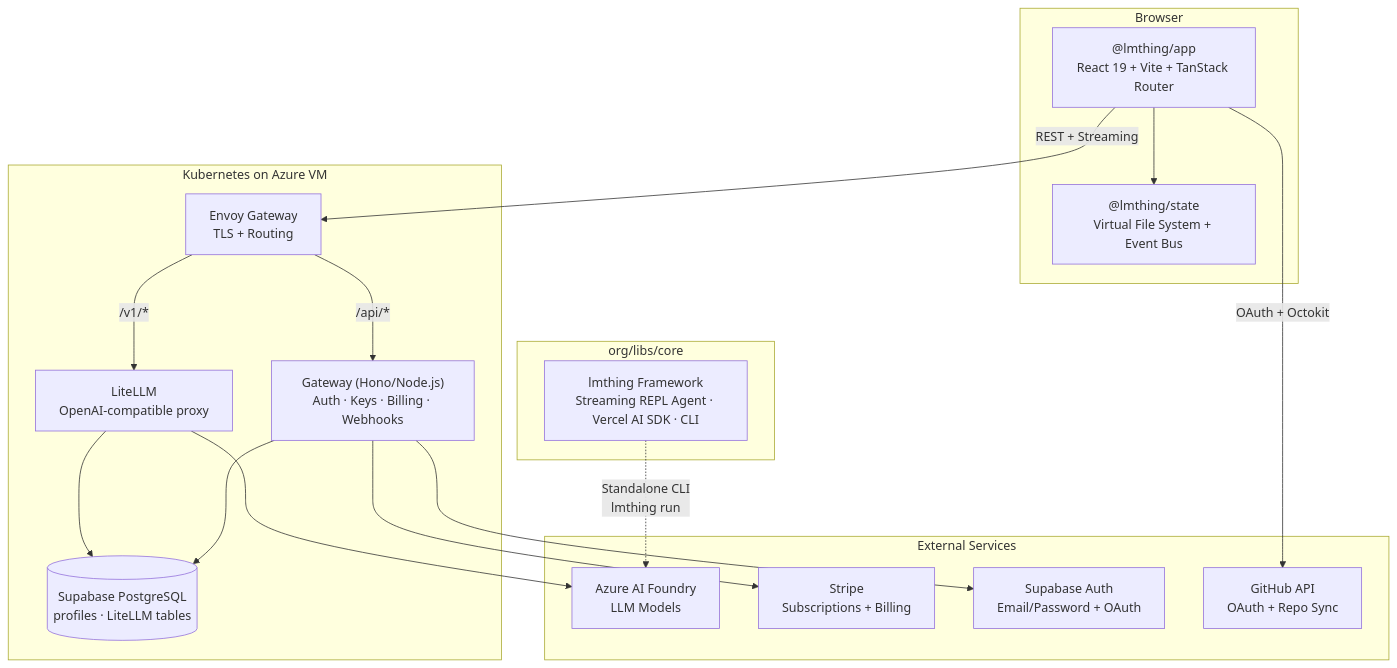
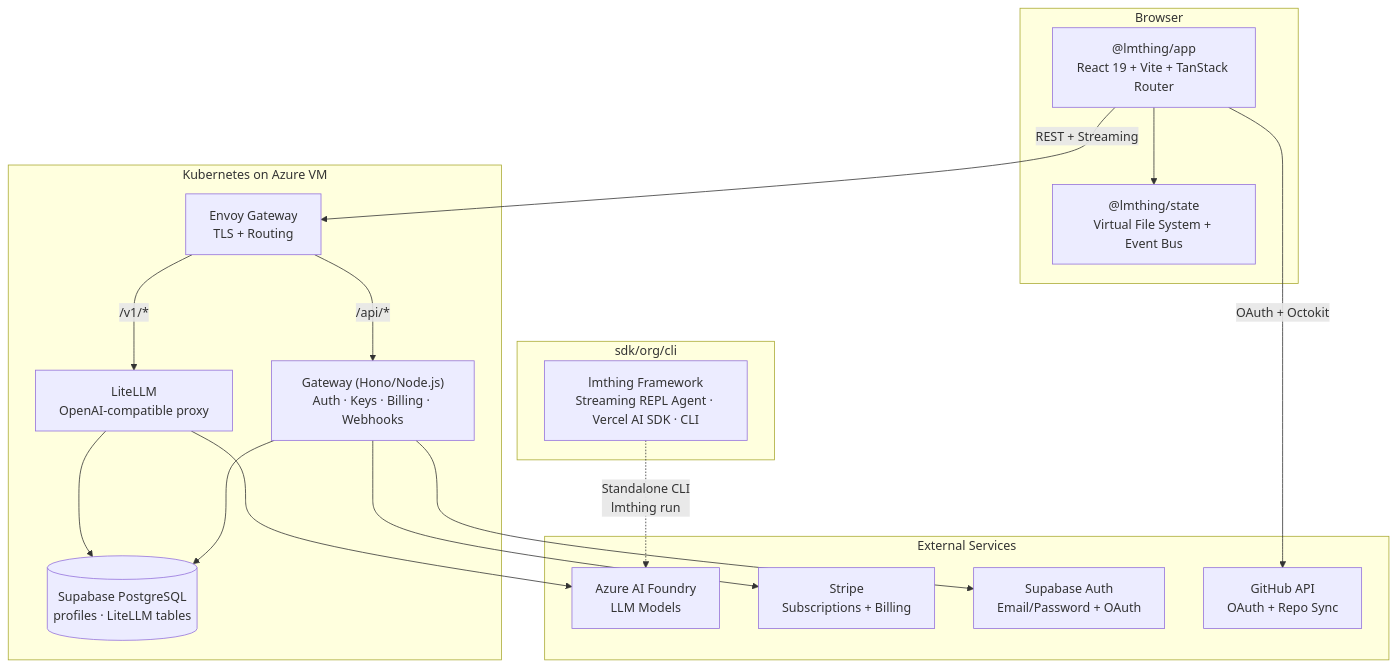
The first of 6 diagrams in CLAUDE.md (lmthing/lmthing), drawn with Mermaid before and after one commit. The commit also changed other lines of this file and 1453 other files, not shown here.

First line of the commit message:
feat: extract cli and repl into lmthing/org submodule, rename org/ to sdk/

````diff
--- a/CLAUDE.md
+++ b/CLAUDE.md
@@ -85,37 +85,37 @@
 ```mermaid
 graph TB
     subgraph Browser["Browser"]
         App["@lmthing/app<br/>React 19 + Vite + TanStack Router"]
         State["@lmthing/state<br/>Virtual File System + Event Bus"]
         App --> State
     end
 
     subgraph Cloud["Kubernetes on Azure VM"]
         Envoy["Envoy Gateway<br/>TLS + Routing"]
         LiteLLM["LiteLLM<br/>OpenAI-compatible proxy"]
         Gateway["Gateway (Hono/Node.js)<br/>Auth · Keys · Billing · Webhooks"]
         DB[("Supabase PostgreSQL<br/>profiles · LiteLLM tables")]
         Envoy -- "/v1/*" --> LiteLLM
         Envoy -- "/api/*" --> Gateway
         LiteLLM --> DB
         Gateway --> DB
     end
 
     subgraph External["External Services"]
         Azure["Azure AI Foundry<br/>LLM Models"]
         Stripe["Stripe<br/>Subscriptions + Billing"]
         SupaAuth["Supabase Auth<br/>Email/Password + OAuth"]
         GitHub["GitHub API<br/>OAuth + Repo Sync"]
     end
 
-    subgraph Library["org/libs/core"]
+    subgraph Library["sdk/org/cli"]
         Core["lmthing Framework<br/>Streaming REPL Agent · Vercel AI SDK · CLI"]
     end
 
     App -- "REST + Streaming" --> Envoy
     LiteLLM --> Azure
     Gateway --> Stripe
     Gateway --> SupaAuth
     App -- "OAuth + Octokit" --> GitHub
     Core -. "Standalone CLI<br/>lmthing run" .-> Azure
 ```
````
